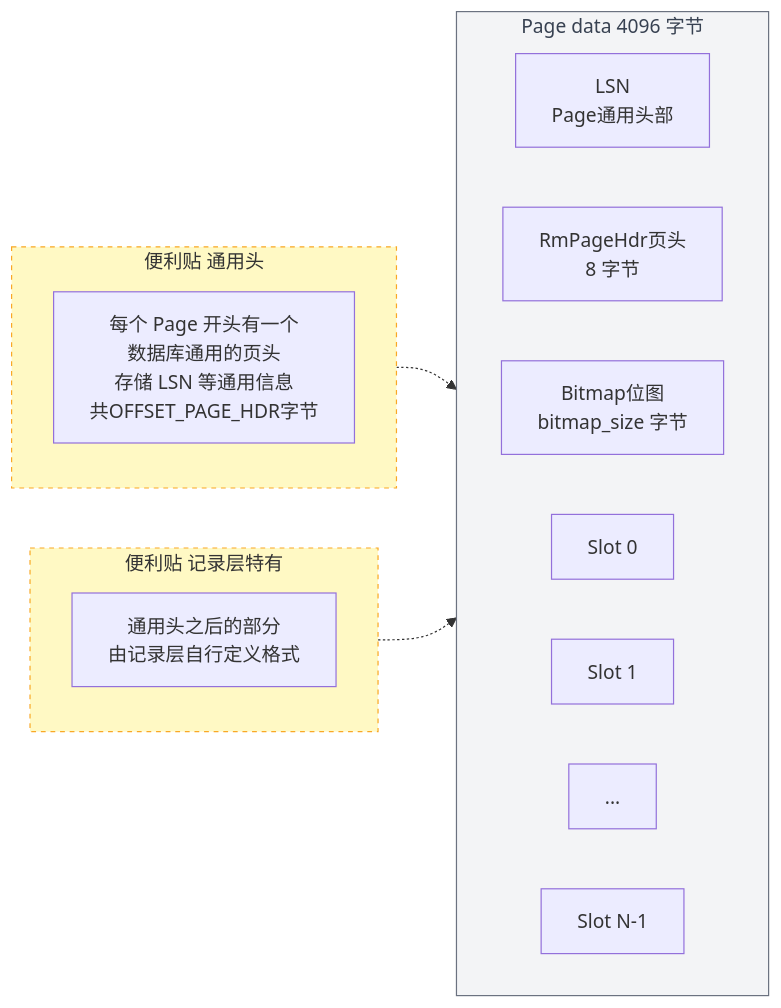
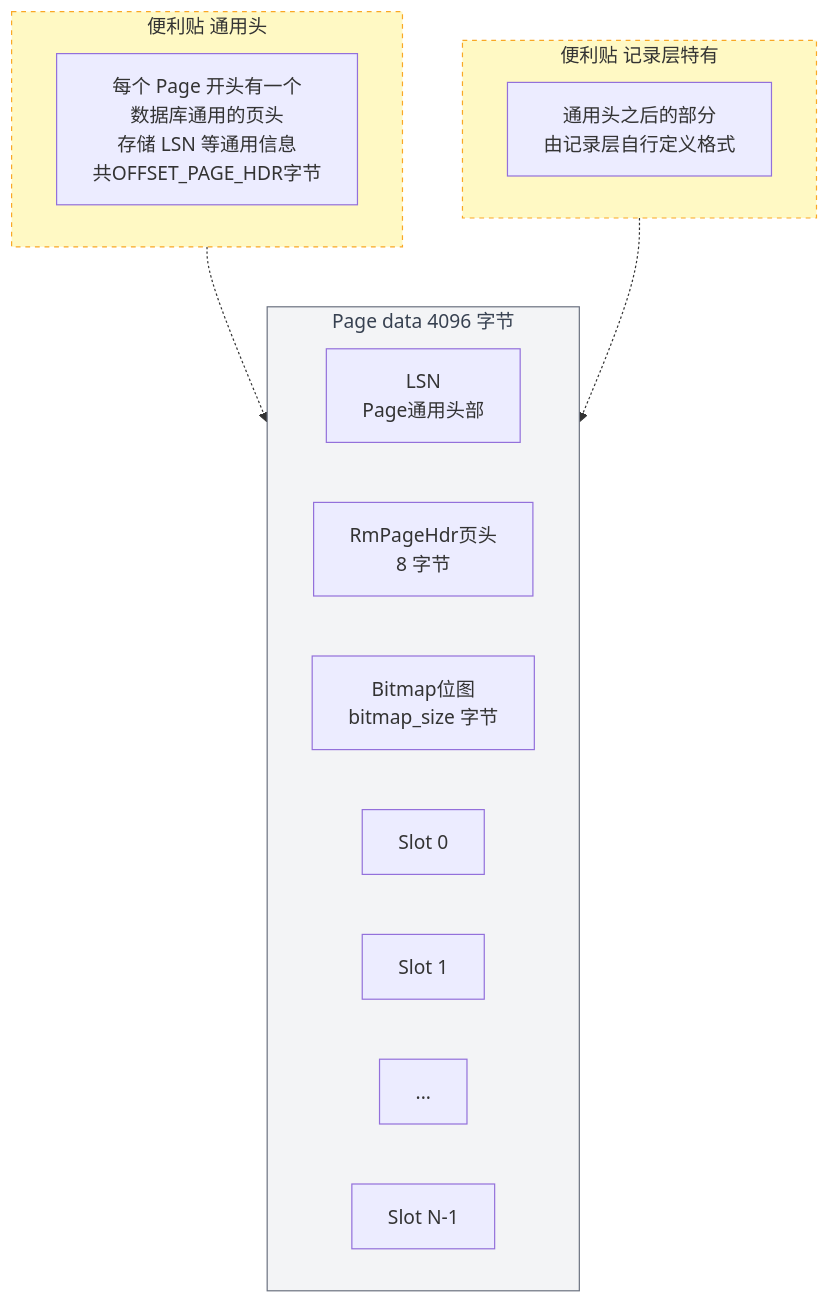
One commit to Dorian7Alden/RMDB-2024-Analyze changed the first of 3 diagrams in my-analysis/02-record-layer/03-record-page-layout.md. Above: the diagram before and after it, drawn with Mermaid.

Commit message:
doc(record-page): 调整 Page 内存布局 mermaid 图方向为 TB
- flowchart LR 改为 TB，竖向排版更好适配三段式从上到下的布局

````diff
--- a/my-analysis/02-record-layer/03-record-page-layout.md
+++ b/my-analysis/02-record-layer/03-record-page-layout.md
@@ -9,27 +9,27 @@
 ```mermaid
-flowchart LR
+flowchart TB
     subgraph page["Page data 4096 字节"]
         style page fill:#f3f4f6,stroke:#6b7280,color:#374151
         direction LR
         A["LSN<br/>Page通用头部"]
         B["RmPageHdr页头<br/>8 字节"]
         C["Bitmap位图<br/>bitmap_size 字节"]
         D["Slot 0"]
         E["Slot 1"]
         F["..."]
         G["Slot N-1"]
     end
 
     subgraph note1["便利贴 通用头"]
         style note1 fill:#fff9c4,stroke:#f9a825,stroke-dasharray:4
         N1["每个 Page 开头有一个<br/>数据库通用的页头<br/>存储 LSN 等通用信息<br/>共OFFSET_PAGE_HDR字节"]
     end
 
     subgraph note2["便利贴 记录层特有"]
         style note2 fill:#fff9c4,stroke:#f9a825,stroke-dasharray:4
         N2["通用头之后的部分<br/>由记录层自行定义格式"]
     end
 
     note1 -.-> A
     note2 -.-> B
 ```
````
